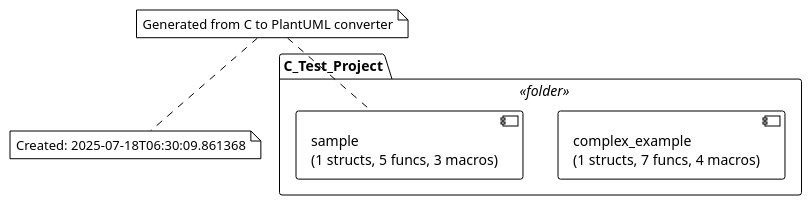
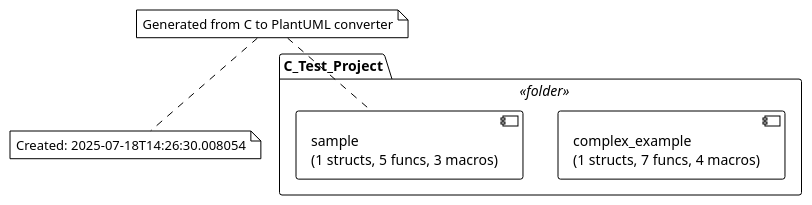
Before and after one commit to fischerjooo/c2puml: the diagram in test_plantuml_output/C_Test_Project_overview.puml, drawn with PlantUML. The commit also changed 25 other files, not shown here.

```diff
--- a/test_plantuml_output/C_Test_Project_overview.puml
+++ b/test_plantuml_output/C_Test_Project_overview.puml
@@ -1,14 +1,14 @@
 @startuml Project: C_Test_Project
 !theme plain
 
 package "C_Test_Project" <<folder>> {
 
   component "complex_example\n(1 structs, 7 funcs, 4 macros)" as COMPLEX_EXAMPLE_C
   component "sample\n(1 structs, 5 funcs, 3 macros)" as SAMPLE_C
 
 }
 
 note top : Generated from C to PlantUML converter
-note bottom : Created: 2025-07-18T06:30:09.861368
+note bottom : Created: 2025-07-18T14:26:30.008054
 
 @enduml
```
